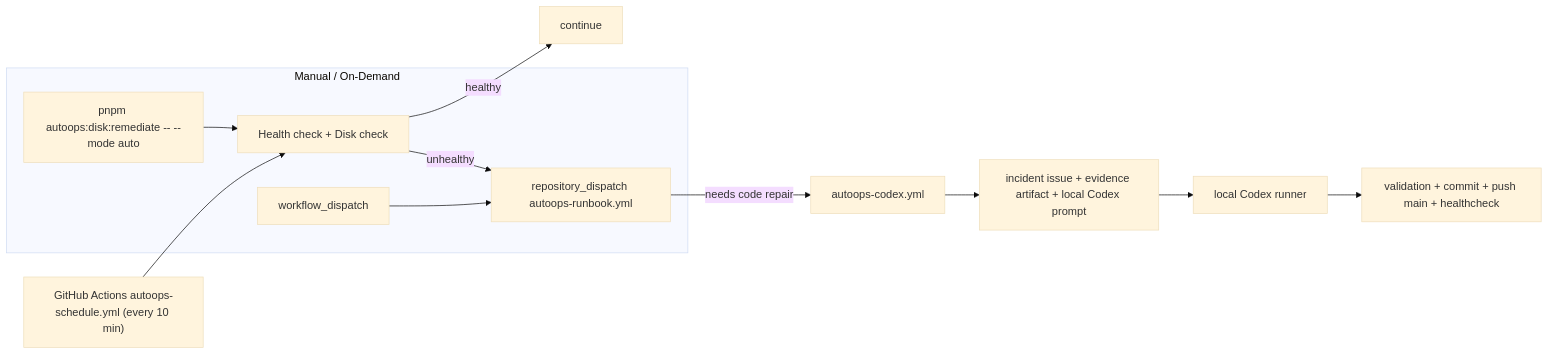
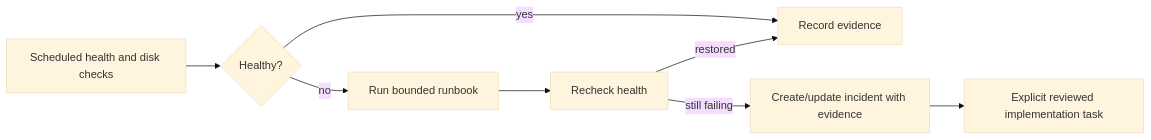
The diagram in .ops/autoops/README.md (bei666qi-pan/VerseCraft), drawn with Mermaid (base theme) before and after one commit. The commit also changed other lines of this file and 402 other files, not shown here.

````diff
--- a/.ops/autoops/README.md
+++ b/.ops/autoops/README.md
@@ -5,15 +5,10 @@
 ```mermaid
 flowchart LR
-  A["GitHub Actions autoops-schedule.yml (every 10 min)"] --> B["Health check + Disk check"]
-  B -->|healthy| C["continue"]
-  B -->|unhealthy| D["repository_dispatch autoops-runbook.yml"]
-  D -->|needs code repair| E["autoops-codex.yml"]
-  E --> F["incident issue + evidence artifact + local Codex prompt"]
-  F --> G["local Codex runner"]
-  G --> H["validation + commit + push main + healthcheck"]
-
-  subgraph Manual / On-Demand
-    I["workflow_dispatch"] --> D
-    J["pnpm autoops:disk:remediate -- --mode auto"] --> B
-  end
+  A["Scheduled health and disk checks"] --> B{"Healthy?"}
+  B -->|yes| C["Record evidence"]
+  B -->|no| D["Run bounded runbook"]
+  D --> E["Recheck health"]
+  E -->|restored| C
+  E -->|still failing| F["Create/update incident with evidence"]
+  F --> G["Explicit reviewed implementation task"]
 ```
````
